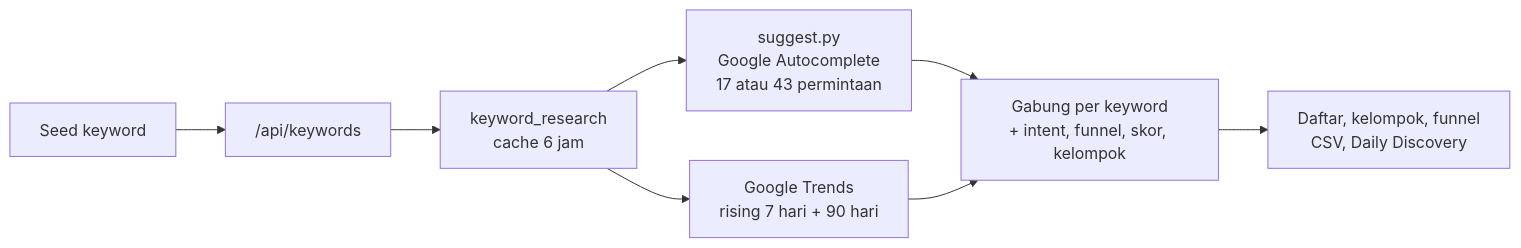
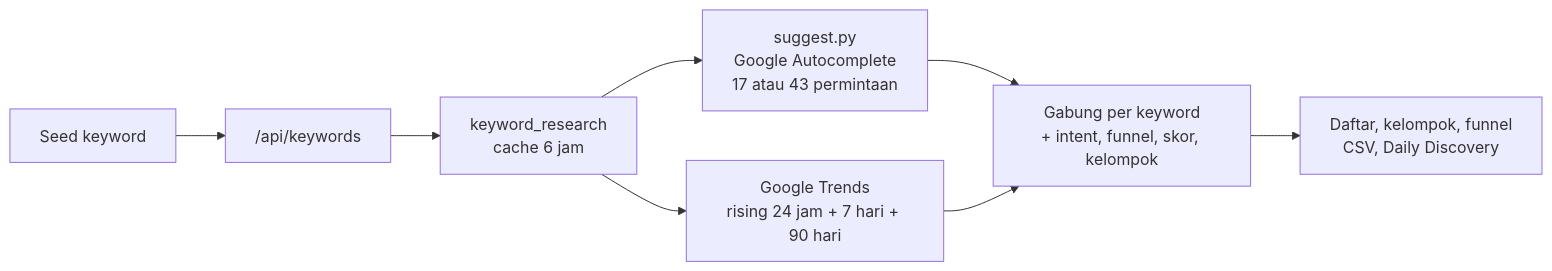
Before and after one commit to vtridz089/projek-google-trends: the fifth of 5 diagrams in docs/arsitektur.md, drawn with Mermaid. The commit also changed 5 other files, not shown here.

````diff
--- a/docs/arsitektur.md
+++ b/docs/arsitektur.md
@@ -118,10 +118,10 @@
 ```mermaid
 flowchart LR
     U[Seed keyword] --> API["/api/keywords"]
     API --> K[keyword_research<br/>cache 6 jam]
     K --> A[suggest.py<br/>Google Autocomplete<br/>17 atau 43 permintaan]
-    K --> T[Google Trends<br/>rising 7 hari + 90 hari]
+    K --> T[Google Trends<br/>rising 24 jam + 7 hari + 90 hari]
     A --> M[Gabung per keyword<br/>+ intent, funnel, skor, kelompok]
     T --> M
     M --> R[Daftar, kelompok, funnel<br/>CSV, Daily Discovery]
 ```
````
